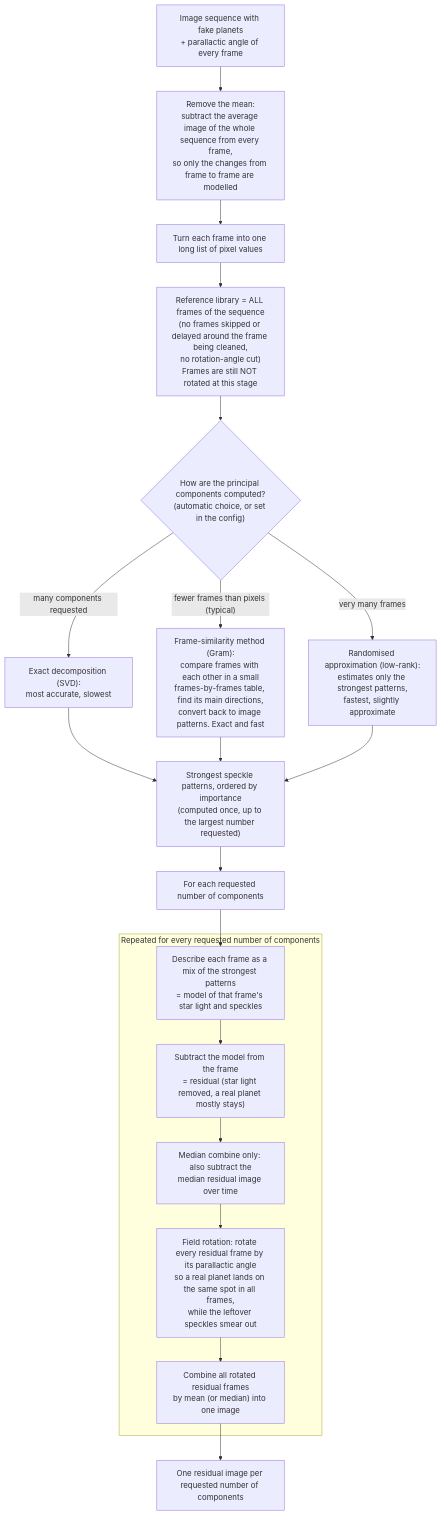
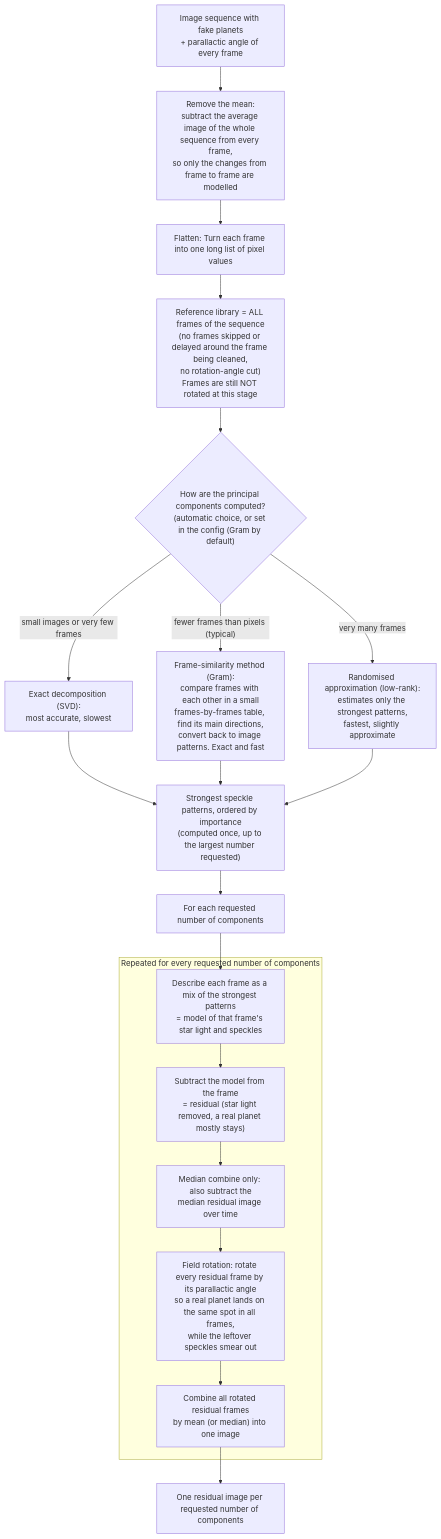
One commit to noah-bns/ESO_internship changed the fourth of 5 diagrams in src/pipeline_ADI/README.md. Above: the diagram before and after it, drawn with Mermaid. The commit also changed other lines of this file, not shown here.

````diff
--- a/src/pipeline_ADI/README.md
+++ b/src/pipeline_ADI/README.md
@@ -151,29 +149,29 @@
 ```mermaid
 flowchart TD
     A["Image sequence with fake planets<br/>+ parallactic angle of every frame"] --> B["Remove the mean:<br/>subtract the average image of the whole sequence from every frame,<br/>so only the changes from frame to frame are modelled"]
-    B --> C["Turn each frame into one long list of pixel values"]
+    B --> C["Flatten: Turn each frame into one long list of pixel values"]
     C --> D["Reference library = ALL frames of the sequence<br/>(no frames skipped or delayed around the frame being cleaned,<br/>no rotation-angle cut)<br/>Frames are still NOT rotated at this stage"]
-    D --> E{"How are the principal components computed?<br/>(automatic choice, or set in the config)"}
+    D --> E{"How are the principal components computed?<br/>(automatic choice, or set in the config (Gram by default)"}
 
-    E -- "many components requested" --> F1["Exact decomposition (SVD):<br/>most accurate, slowest"]
+    E -- "small images or very few frames" --> F1["Exact decomposition (SVD):<br/>most accurate, slowest"]
     E -- "fewer frames than pixels (typical)" --> F2["Frame-similarity method (Gram):<br/>compare frames with each other in a small<br/>frames-by-frames table, find its main directions,<br/>convert back to image patterns. Exact and fast"]
     E -- "very many frames" --> F3["Randomised approximation (low-rank):<br/>estimates only the strongest patterns,<br/>fastest, slightly approximate"]
 
     F1 --> G["Strongest speckle patterns, ordered by importance<br/>(computed once, up to the largest number requested)"]
     F2 --> G
     F3 --> G
 
     G --> H["For each requested number of components"]
 
     subgraph LOOP["Repeated for every requested number of components"]
         L1["Describe each frame as a mix of the strongest patterns<br/>= model of that frame's star light and speckles"]
         L2["Subtract the model from the frame<br/>= residual (star light removed, a real planet mostly stays)"]
         L3["Median combine only: also subtract the<br/>median residual image over time"]
         L4["Field rotation: rotate every residual frame by its parallactic angle<br/>so a real planet lands on the same spot in all frames,<br/>while the leftover speckles smear out"]
         L5["Combine all rotated residual frames<br/>by mean (or median) into one image"]
         L1 --> L2 --> L3 --> L4 --> L5
     end
 
     H --> L1
     L5 --> Z["One residual image per requested number of components"]
 ```
````
